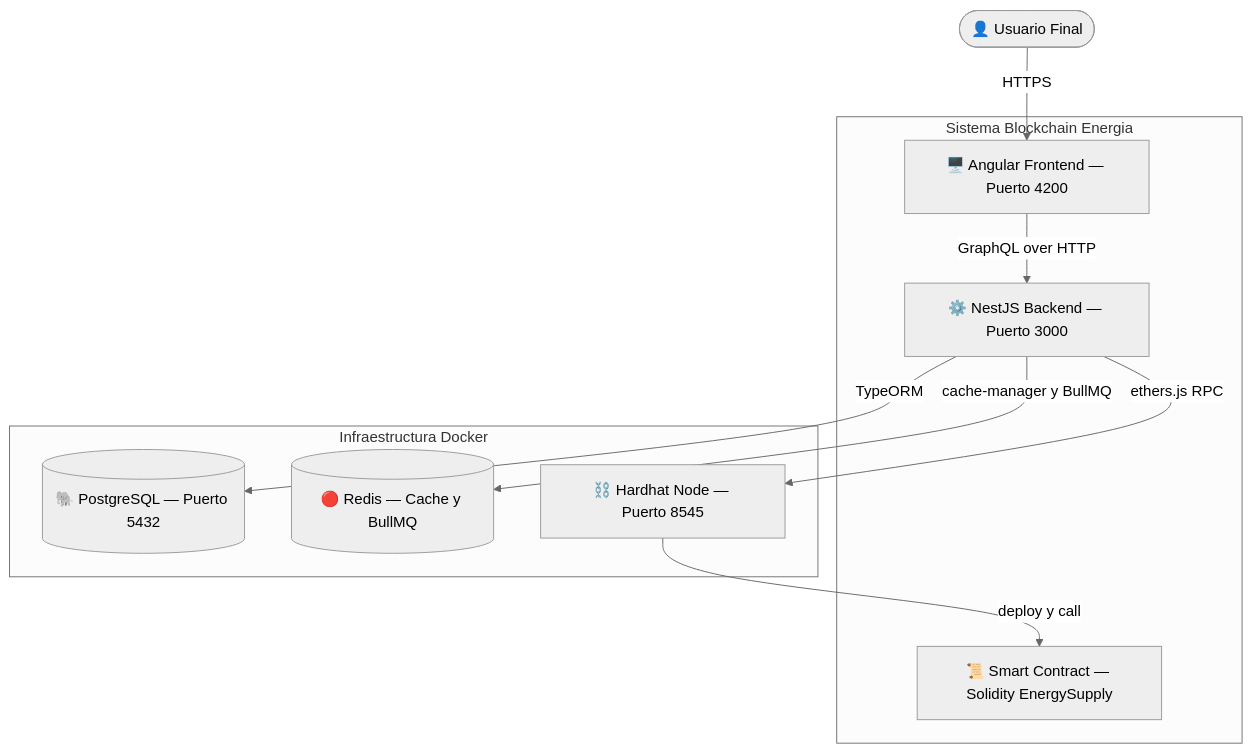
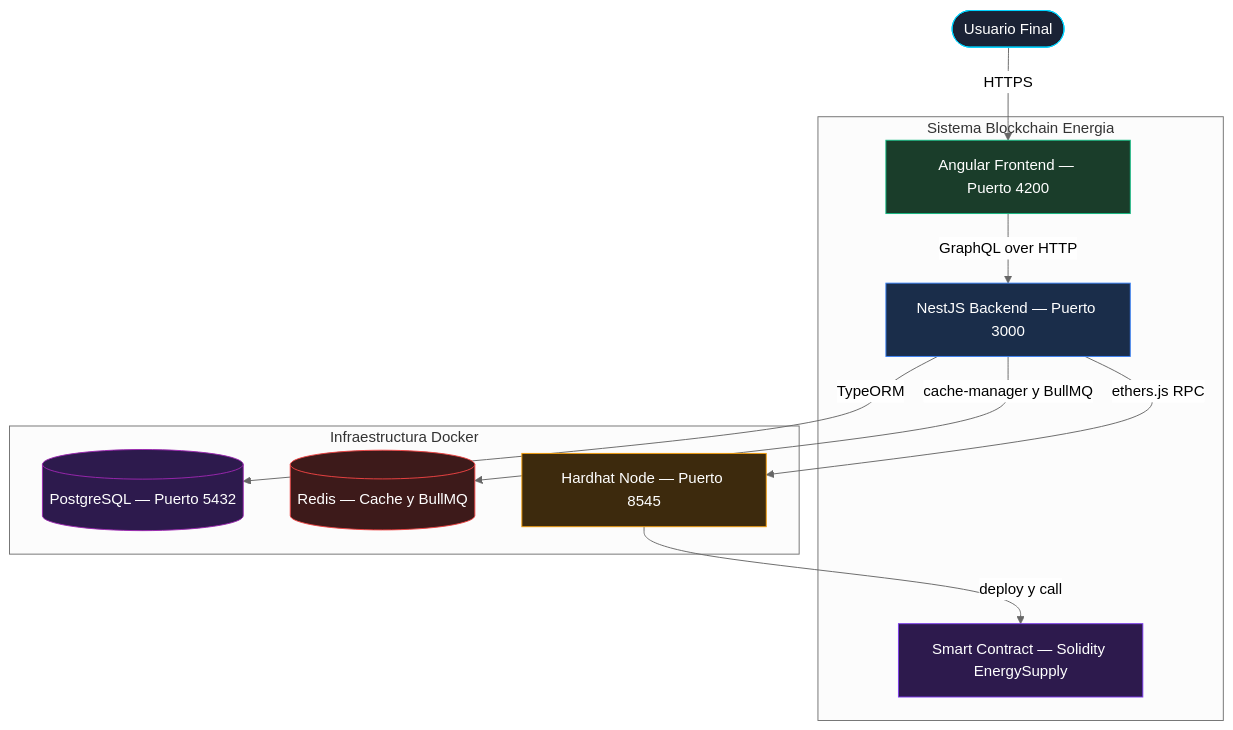
One commit to desideriodr/blockchain-energia changed the first of 3 diagrams in README.md. Above: the diagram before and after it, drawn with Mermaid (neutral theme). The commit also changed other lines of this file, not shown here.

Commit message:
actualizando readme

````diff
--- a/README.md
+++ b/README.md
@@ -37,23 +37,31 @@
 ```mermaid
 graph TB
-    U(["👤 Usuario Final"])
+    U(["Usuario Final"])
 
     subgraph SIS["Sistema Blockchain Energia"]
-        FE["🖥️ Angular Frontend — Puerto 4200"]
-        BE["⚙️ NestJS Backend — Puerto 3000"]
-        SC["📜 Smart Contract — Solidity EnergySupply"]
+        FE["Angular Frontend — Puerto 4200"]
+        BE["NestJS Backend — Puerto 3000"]
+        SC["Smart Contract — Solidity EnergySupply"]
     end
 
     subgraph INF["Infraestructura Docker"]
-        PG[("🐘 PostgreSQL — Puerto 5432")]
-        RD[("🔴 Redis — Cache y BullMQ")]
-        HH["⛓️ Hardhat Node — Puerto 8545"]
+        PG[("PostgreSQL — Puerto 5432")]
+        RD[("Redis — Cache y BullMQ")]
+        HH["Hardhat Node — Puerto 8545"]
     end
 
     U -->|HTTPS| FE
     FE -->|GraphQL over HTTP| BE
     BE -->|TypeORM| PG
     BE -->|cache-manager y BullMQ| RD
     BE -->|ethers.js RPC| HH
     HH -->|deploy y call| SC
+
+    style U  fill:#1a2235,stroke:#00d4ff,color:#fff
+    style FE fill:#1a3d2a,stroke:#10b981,color:#fff
+    style BE fill:#1a2d4a,stroke:#3b82f6,color:#fff
+    style SC fill:#2d1a4d,stroke:#7c3aed,color:#fff
+    style PG fill:#2d1a4d,stroke:#9c27b0,color:#fff
+    style RD fill:#3d1a1a,stroke:#ef4444,color:#fff
+    style HH fill:#3d2a0d,stroke:#f59e0b,color:#fff
 ```
````
